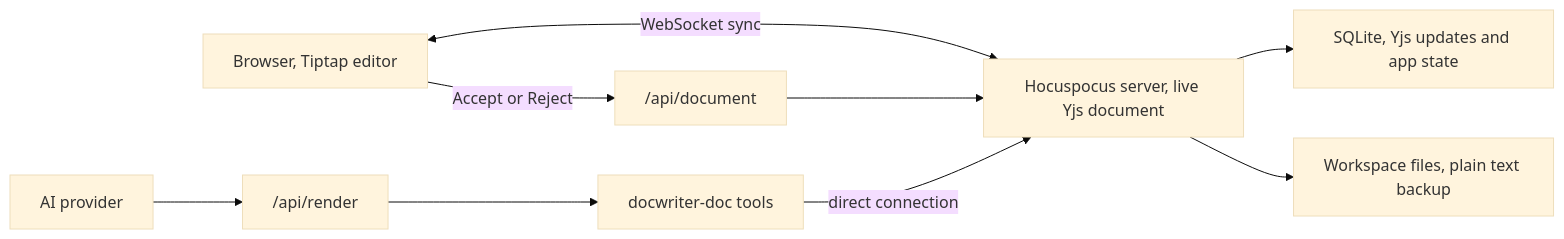
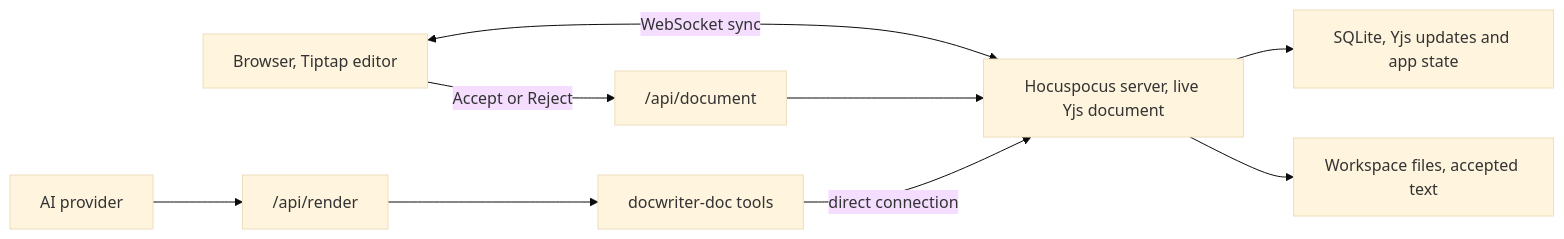
The diagram in docs/contribute/architecture.mdx (docwriter-org/docwriter), drawn with Mermaid (base theme) before and after one commit. The commit also changed other lines of this file and 55 other files, not shown here.

````diff
--- a/docs/contribute/architecture.mdx
+++ b/docs/contribute/architecture.mdx
@@ -9,11 +9,11 @@
 ```mermaid
 flowchart LR
     Browser["Browser, Tiptap editor"] <-->|"WebSocket sync"| Server["Hocuspocus server, live Yjs document"]
     Agent["AI provider"] --> Render["/api/render"]
     Render --> Tools["docwriter-doc tools"]
     Tools -->|"direct connection"| Server
     Browser -->|"Accept or Reject"| Review["/api/document"]
     Review --> Server
     Server --> Updates["SQLite, Yjs updates and app state"]
-    Server --> Files["Workspace files, plain text backup"]
+    Server --> Files["Workspace files, accepted text"]
 ```
````
